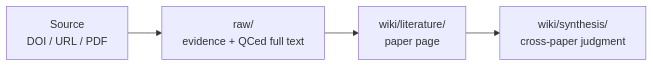
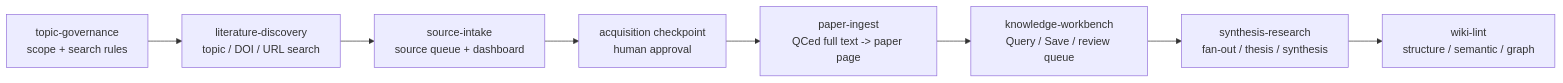
Before and after one commit to ChenHau-Lan/ResearchWiki: the diagram in README.md, drawn with Mermaid. The commit also changed other lines of this file and 129 other files, not shown here.

Commit message:
Bootstrap public ResearchWiki repo

````diff
--- a/README.md
+++ b/README.md
@@ -24,6 +76,10 @@
 ```mermaid
 flowchart LR
-    A["Source<br/>DOI / URL / PDF"] --> B["raw/<br/>evidence + QCed full text"]
-    B --> C["wiki/literature/<br/>paper page"]
-    C --> D["wiki/synthesis/<br/>cross-paper judgment"]
+    A["literature-discovery<br/>topic / DOI / URL search"] --> B["source-intake<br/>source queue + dashboard"]
+    B --> C["acquisition checkpoint<br/>human approval"]
+    C --> D["paper-ingest<br/>QCed full text -> paper page"]
+    D --> E["knowledge-workbench<br/>Query / Save / review queue"]
+    E --> F["synthesis-research<br/>fan-out / thesis / synthesis"]
+    G["topic-governance<br/>scope + search rules"] --> A
+    F --> H["wiki-lint<br/>structure / semantic / graph"]
 ```
````
